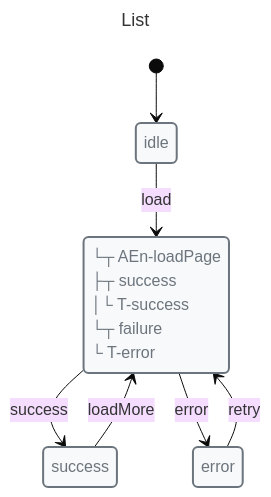
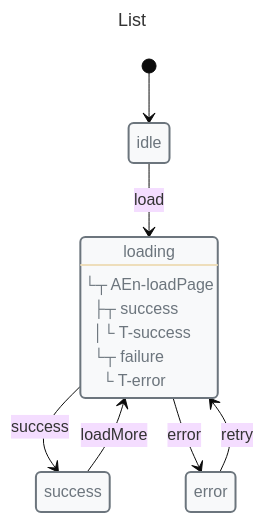
Before and after one commit to Masquerade-Circus/x-robot: the fourth of 4 diagrams in docs/recipes/api-fetch.md, drawn with Mermaid (base theme). The commit also changed other lines of this file and 123 other files, not shown here.

Commit message:
refactor: improve mermaid code

````diff
--- a/docs/recipes/api-fetch.md
+++ b/docs/recipes/api-fetch.md
@@ -201,32 +204,33 @@
 ```mermaid
 ---
 title: List
 ---
 
 stateDiagram-v2
+direction TB
 
 classDef danger fill:#f8d7da,stroke:#721c24,stroke-width:2px,text-align:left,color:#721c24
 classDef warning fill:#fff3cd,stroke:#856404,stroke-width:2px,text-align:left,color:#856404
 classDef success fill:#d4edda,stroke:#155724,stroke-width:2px,text-align:left,color:#155724
 classDef primary fill:#cce5ff,stroke:#004085,stroke-width:2px,text-align:left,color:#004085
 classDef info fill:#d1ecf1,stroke:#0c5460,stroke-width:2px,text-align:left,color:#0c5460
 classDef def fill:#f8f9fa,stroke:#6c757d,stroke-width:2px,text-align:left,color:#6c757d
 
-state idle
-state loading
-state success
-state error
+state "idle" as idle
+state "loading" as loading
+state "success" as success
+state "error" as error
 class idle def
 class loading def
 class success def
 class error def
 
-loading: └┬ AEn-loadPage<br> ├┬ success<br> │└ T-success<br> └┬ failure<br>  └ T-error
+loading: └┬ AEn-loadPage<br> ├┬ success<br> │└ T-success<br> └┬ failure<br>  └ T-error
 
 [*] --> idle
 idle --> loading: load
 loading --> success: success
 loading --> error: error
 success --> loading: loadMore
 error --> loading: retry
 ```
````
